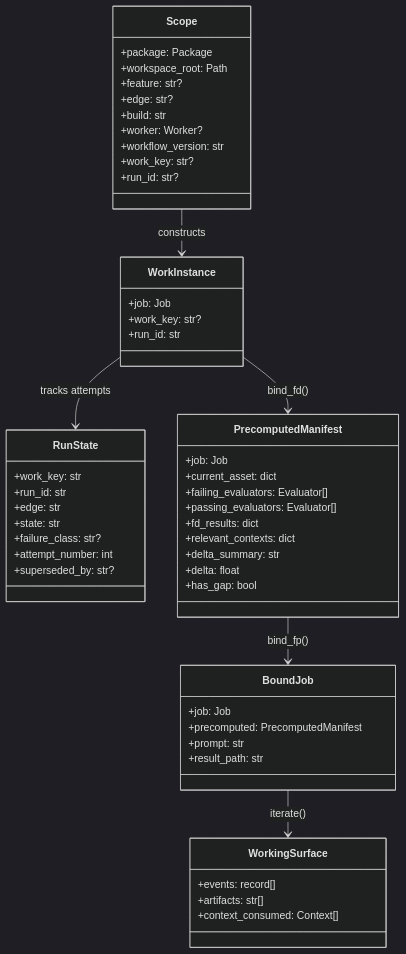
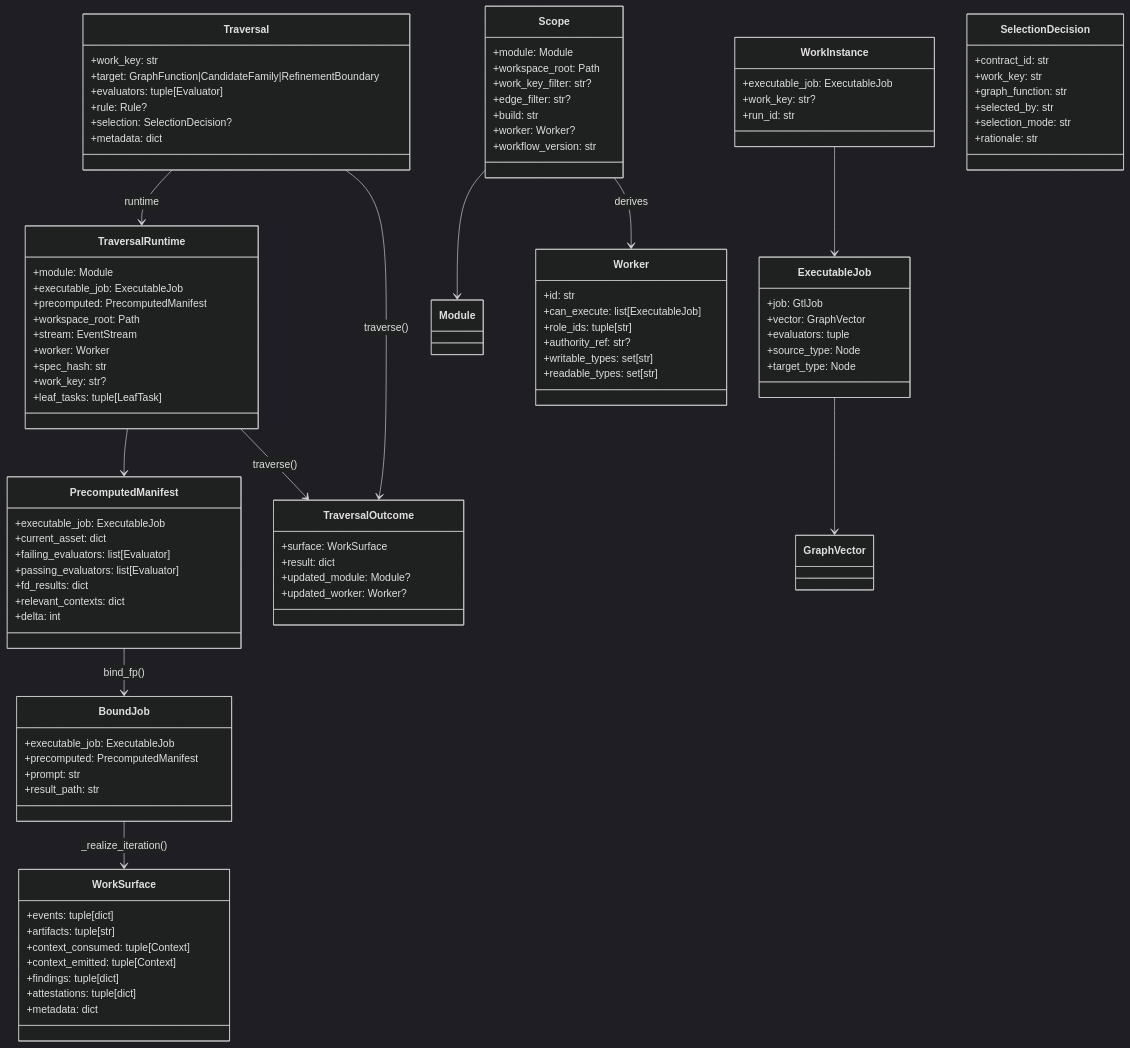
One commit to foolishimp/abiogenesis changed the third of 23 diagrams in docs/ABG_Design_Document.md. Above: the diagram before and after it, drawn with Mermaid (dark theme). The commit also changed other lines of this file and 90 other files, not shown here.

````diff
--- a/docs/ABG_Design_Document.md
+++ b/docs/ABG_Design_Document.md
@@ -164,56 +212,100 @@
 ```mermaid
 classDiagram
     class Scope {
-        +package: Package
+        +module: Module
         +workspace_root: Path
-        +feature: str?
-        +edge: str?
+        +work_key_filter: str?
+        +edge_filter: str?
         +build: str
         +worker: Worker?
         +workflow_version: str
-        +work_key: str?
-        +run_id: str?
     }
     class WorkInstance {
-        +job: Job
+        +executable_job: ExecutableJob
         +work_key: str?
         +run_id: str
     }
-    class RunState {
+    class ExecutableJob {
+        +job: GtlJob
+        +vector: GraphVector
+        +evaluators: tuple
+        +source_type: Node
+        +target_type: Node
+    }
+    class Worker {
+        +id: str
+        +can_execute: list[ExecutableJob]
+        +role_ids: tuple[str]
+        +authority_ref: str?
+        +writable_types: set[str]
+        +readable_types: set[str]
+    }
+    class Traversal {
         +work_key: str
-        +run_id: str
-        +edge: str
-        +state: str
-        +failure_class: str?
-        +attempt_number: int
-        +superseded_by: str?
+        +target: GraphFunction|CandidateFamily|RefinementBoundary
+        +evaluators: tuple[Evaluator]
+        +rule: Rule?
+        +selection: SelectionDecision?
+        +metadata: dict
+    }
+    class TraversalRuntime {
+        +module: Module
+        +executable_job: ExecutableJob
+        +precomputed: PrecomputedManifest
+        +workspace_root: Path
+        +stream: EventStream
+        +worker: Worker
+        +spec_hash: str
+        +work_key: str?
+        +leaf_tasks: tuple[LeafTask]
     }
     class PrecomputedManifest {
-        +job: Job
+        +executable_job: ExecutableJob
         +current_asset: dict
-        +failing_evaluators: Evaluator[]
-        +passing_evaluators: Evaluator[]
+        +failing_evaluators: list[Evaluator]
+        +passing_evaluators: list[Evaluator]
         +fd_results: dict
         +relevant_contexts: dict
-        +delta_summary: str
-        +delta: float
-        +has_gap: bool
+        +delta: int
     }
     class BoundJob {
-        +job: Job
+        +executable_job: ExecutableJob
         +precomputed: PrecomputedManifest
         +prompt: str
         +result_path: str
     }
-    class WorkingSurface {
-        +events: record[]
-        +artifacts: str[]
-        +context_consumed: Context[]
+    class WorkSurface {
+        +events: tuple[dict]
+        +artifacts: tuple[str]
+        +context_consumed: tuple[Context]
+        +context_emitted: tuple[Context]
+        +findings: tuple[dict]
+        +attestations: tuple[dict]
+        +metadata: dict
+    }
+    class TraversalOutcome {
+        +surface: WorkSurface
+        +result: dict
+        +updated_module: Module?
+        +updated_worker: Worker?
+    }
+    class SelectionDecision {
+        +contract_id: str
+        +work_key: str
+        +graph_function: str
+        +selected_by: str
+        +selection_mode: str
+        +rationale: str
     }
 
-    Scope --> WorkInstance : constructs
-    WorkInstance --> RunState : tracks attempts
-    WorkInstance --> PrecomputedManifest : bind_fd()
+    Scope --> Module
+    Scope --> Worker : derives
+    WorkInstance --> ExecutableJob
+    ExecutableJob --> GraphVector
+    Traversal --> TraversalRuntime : runtime
+    TraversalRuntime --> PrecomputedManifest
     PrecomputedManifest --> BoundJob : bind_fp()
-    BoundJob --> WorkingSurface : iterate()
+    BoundJob --> WorkSurface : _realize_iteration()
+    Traversal --> TraversalOutcome : traverse()
+    TraversalRuntime --> TraversalOutcome : traverse()
 ```
````
